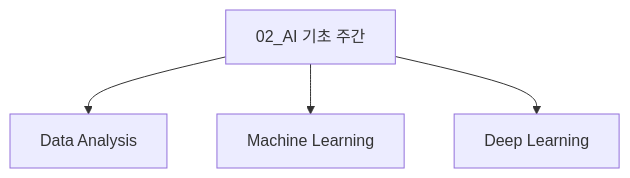
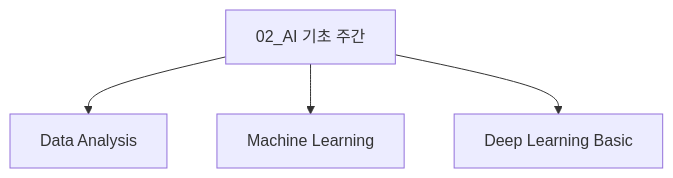
The first of 4 diagrams in profile/README.md (skn-ai14-250409/.github), drawn with Mermaid before and after one commit.

````diff
--- a/profile/README.md
+++ b/profile/README.md
@@ -20,16 +20,16 @@
 ```mermaid
 graph TD
     A[02_AI 기초 주간]
     A1[Data Analysis]
     A2[Machine Learning]
-    A3[Deep Learning]
+    A3[Deep Learning Basic]
     A --> A1
     A --> A2
     A --> A3
 
     click A "https://github.com/orgs/skn-ai14-250409/projects/30" "AI 기초"
     click A1 "https://github.com/skn-ai14-250409/data_analysis_workspace" "AI 기초 - Data Analysis"
     click A2 "https://github.com/skn-ai14-250409/machine_learning_workspace" "AI 기초 - Machine Learning"
-    click A3 "https://github.com/skn-ai14-250409/deep_learning_workspace" "AI 기초 - Deep Learning"
+    click A3 "https://github.com/skn-ai14-250409/deep_learning_basic_workspace" "AI 기초 - Deep Learning Basic"
 
 ```
````
